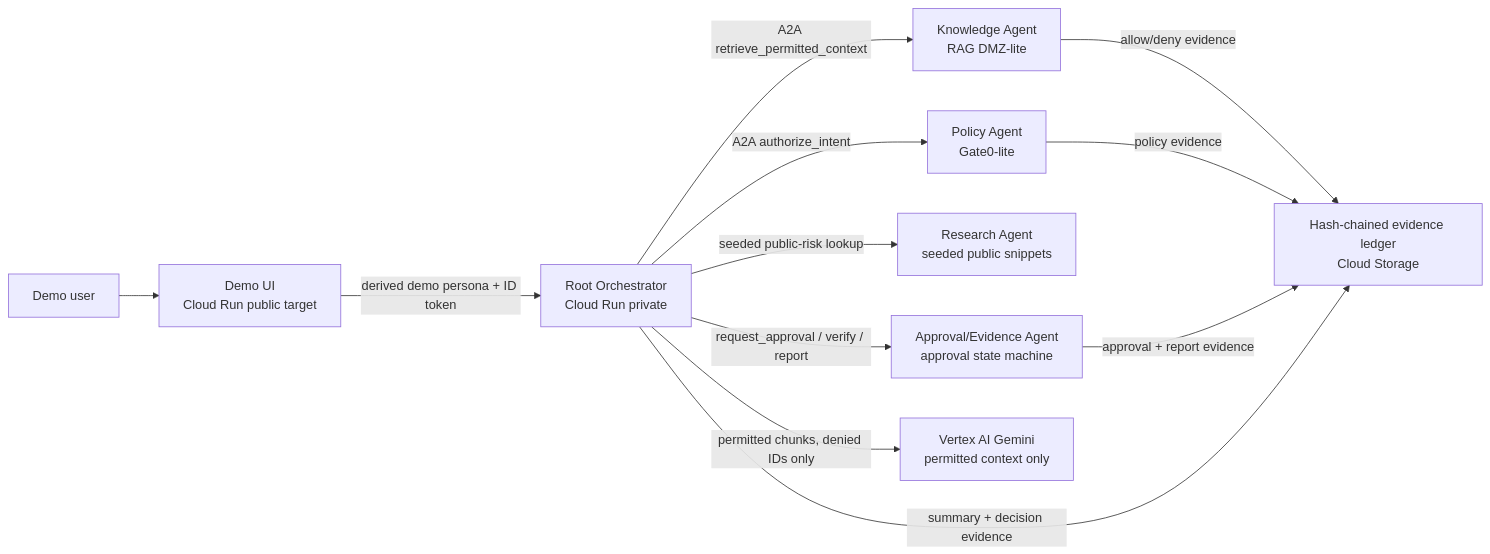
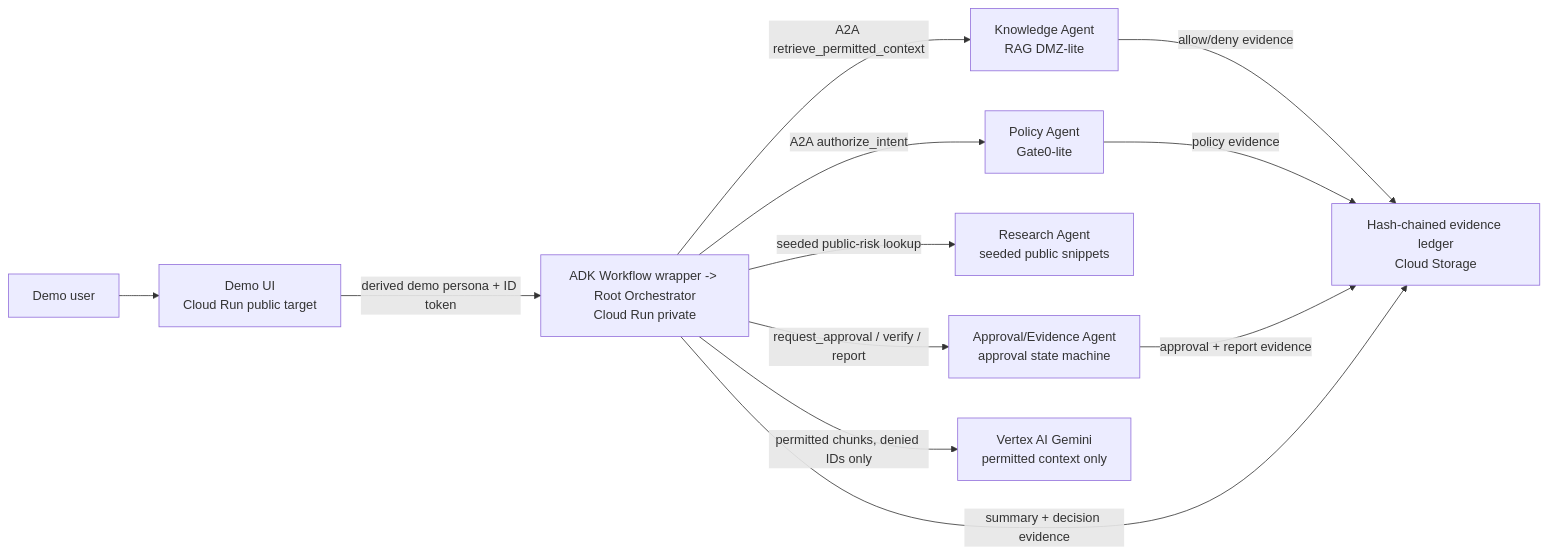
Before and after one commit to Akretic/akretic-a2a-trust-gateway: the diagram in docs/architecture.mmd, drawn with Mermaid. The commit also changed 71 other files, not shown here.

```diff
--- a/docs/architecture.mmd
+++ b/docs/architecture.mmd
@@ -1,22 +1,22 @@
 flowchart LR
   user["Demo user"]
   ui["Demo UI<br/>Cloud Run public target"]
-  root["Root Orchestrator<br/>Cloud Run private"]
+  root["ADK Workflow wrapper -> Root Orchestrator<br/>Cloud Run private"]
   gate["Policy Agent<br/>Gate0-lite"]
   rag["Knowledge Agent<br/>RAG DMZ-lite"]
   research["Research Agent<br/>seeded public snippets"]
   approval["Approval/Evidence Agent<br/>approval state machine"]
   ledger["Hash-chained evidence ledger<br/>Cloud Storage"]
   gemini["Vertex AI Gemini<br/>permitted context only"]
 
   user --> ui
   ui -->|"derived demo persona + ID token"| root
   root -->|"A2A authorize_intent"| gate
   root -->|"A2A retrieve_permitted_context"| rag
   root -->|"seeded public-risk lookup"| research
   root -->|"request_approval / verify / report"| approval
   rag -->|"allow/deny evidence"| ledger
   gate -->|"policy evidence"| ledger
   approval -->|"approval + report evidence"| ledger
   root -->|"permitted chunks, denied IDs only"| gemini
   root -->|"summary + decision evidence"| ledger
```
